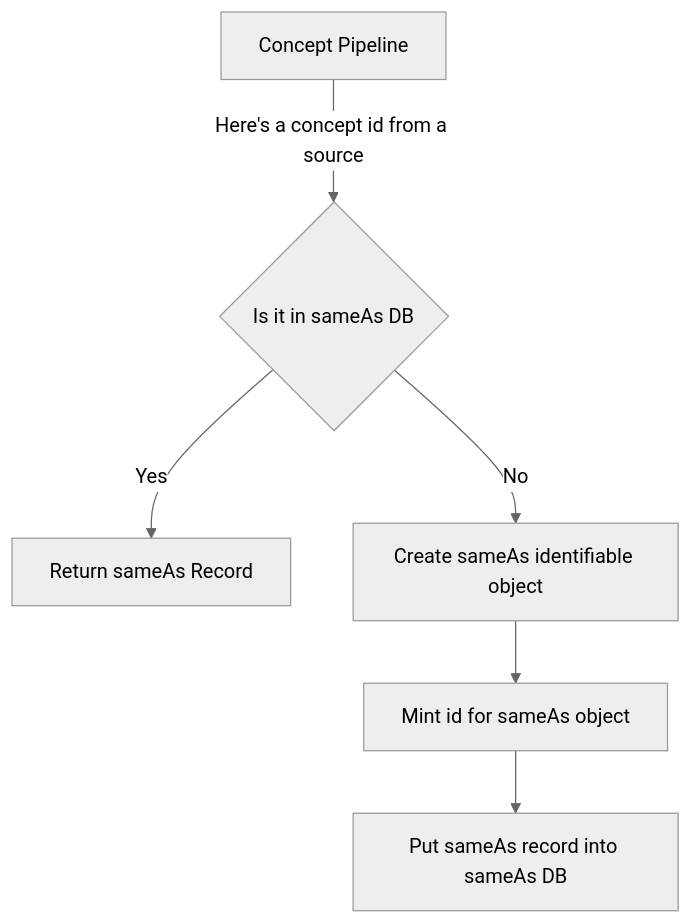
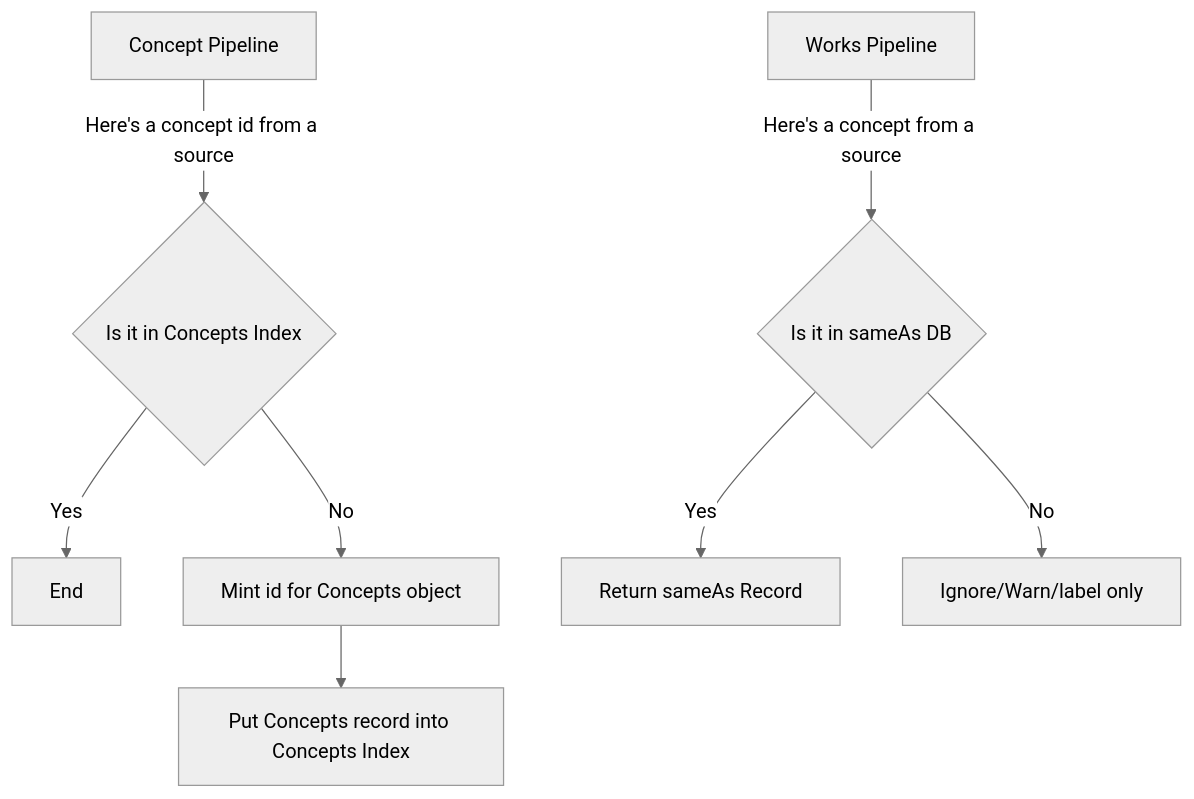
The second of 2 diagrams in rfcs/052-concepts-pipeline/README.md (wellcomecollection/docs), drawn with Mermaid (neutral theme) before and after one commit. The commit also changed other lines of this file, not shown here.

````diff
--- a/rfcs/052-concepts-pipeline/README.md
+++ b/rfcs/052-concepts-pipeline/README.md
@@ -204,9 +206,13 @@
 ```mermaid
 graph TD
     A[Concept Pipeline] -->|Here's a concept id from a source| B
-    B{Is it in sameAs DB}
-    B -->|Yes| C[Return sameAs Record]
-    B -->|No| D[Create sameAs identifiable object]
-    D --> E[Mint id for sameAs object]
-    E --> F[Put sameAs record into sameAs DB]
+    B{Is it in Concepts Index}
+    B -->|Yes| C[End]
+    B -->|No| D[Mint id for Concepts object]
+    D --> E[Put Concepts record into Concepts Index]
+
+    AA[Works Pipeline] -->|Here's a concept from a source| BA
+    BA{Is it in sameAs DB}
+    BA -->|Yes| CA[Return sameAs Record]
+    BA -->|No| DA[Ignore/Warn/label only]
 ```
````
